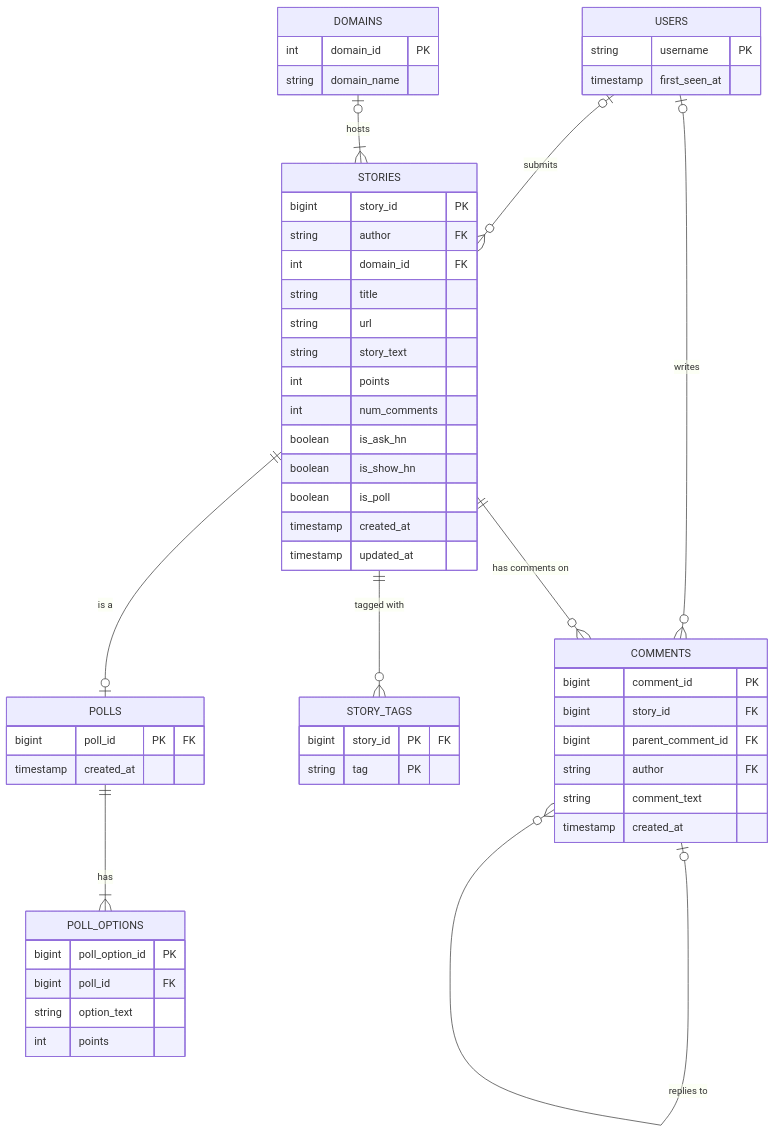
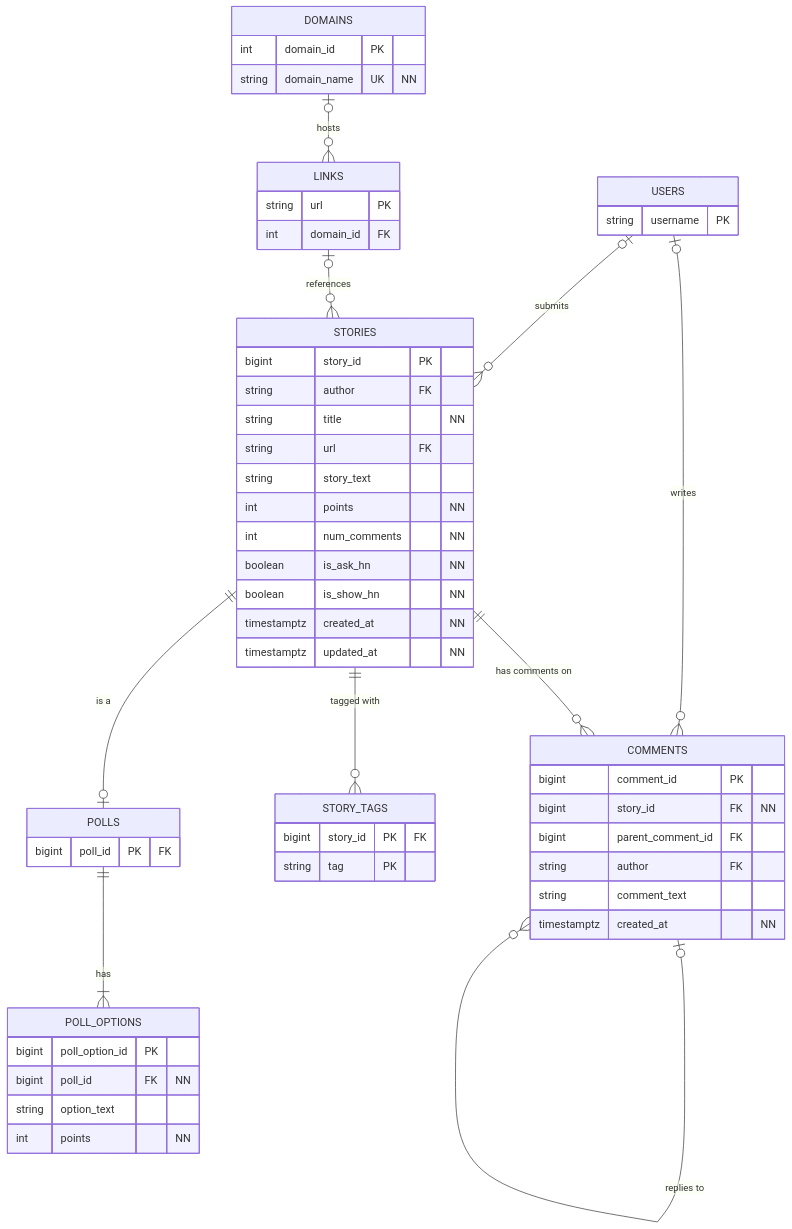
Before and after one commit to RithikaMathew/cop5725fa26-project: the diagram in er-diagram.md, drawn with Mermaid. The commit also changed other lines of this file and 19 other files, not shown here.

````diff
--- a/er-diagram.md
+++ b/er-diagram.md
@@ -1,57 +5,58 @@
 ```mermaid
 erDiagram
     USERS o|--o{ STORIES : submits
     USERS o|--o{ COMMENTS : writes
-    DOMAINS o|--}| STORIES : hosts
+    DOMAINS o|--o{ LINKS : hosts
+    LINKS o|--o{ STORIES : references
     STORIES ||--o{ COMMENTS : "has comments on"
     STORIES ||--o{ STORY_TAGS : "tagged with"
     COMMENTS o|--o{ COMMENTS : "replies to"
     STORIES ||--o| POLLS : "is a"
     POLLS ||--}| POLL_OPTIONS : has
 
     USERS {
         string username PK
-        timestamp first_seen_at
     }
     DOMAINS {
         int domain_id PK
-        string domain_name
+        string domain_name UK "NN"
+    }
+    LINKS {
+        string url PK
+        int domain_id FK
     }
     STORIES {
         bigint story_id PK
         string author FK
-        int domain_id FK
-        string title
-        string url
+        string title "NN"
+        string url FK
         string story_text
-        int points
-        int num_comments
-        boolean is_ask_hn
-        boolean is_show_hn
-        boolean is_poll
-        timestamp created_at
-        timestamp updated_at
+        int points "NN"
+        int num_comments "NN"
+        boolean is_ask_hn "NN"
+        boolean is_show_hn "NN"
+        timestamptz created_at "NN"
+        timestamptz updated_at "NN"
     }
     STORY_TAGS {
         bigint story_id PK "FK"
         string tag PK
     }
     COMMENTS {
         bigint comment_id PK
-        bigint story_id FK
+        bigint story_id FK "NN"
         bigint parent_comment_id FK
         string author FK
         string comment_text
-        timestamp created_at
+        timestamptz created_at "NN"
     }
     POLLS {
         bigint poll_id PK "FK"
-        timestamp created_at
     }
     POLL_OPTIONS {
         bigint poll_option_id PK
-        bigint poll_id FK
+        bigint poll_id FK "NN"
         string option_text
-        int points
+        int points "NN"
     }
 ```
````
